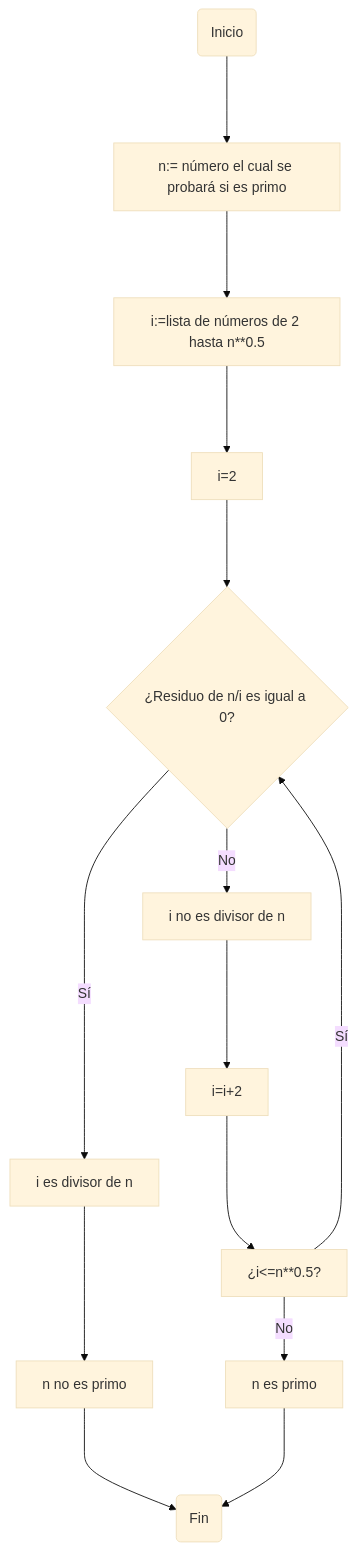
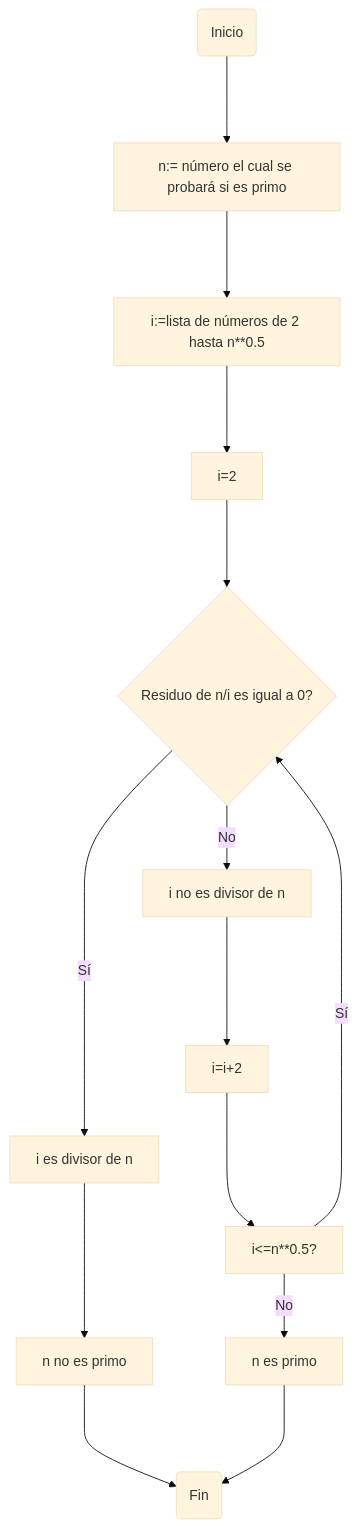
Before and after one commit to GuerreroAtomico75/RETO_3_DosPuntosDeVista: the first of 2 diagrams in README.md, drawn with Mermaid (base theme). The commit also changed other lines of this file, not shown here.

````diff
--- a/README.md
+++ b/README.md
@@ -12,17 +11,17 @@
 ```mermaid
-graph TD
-    Inicio(Inicio)--->
-    Variable[n:= número el cual se probará si es primo]--->
-    listaDeNúmeros[i:=lista de números de 2 hasta n**0.5]--->
-    listaValor[i=2]--->
-    Operacion{¿Residuo de n/i es igual a 0?}-- No --> CondicionalNo
-    Operacion{¿Residuo de n/i es igual a 0?}-- Sí --> CondicionalSi
-    CondicionalSi[i es divisor de n]--->
-    Rta[n no es primo]--->Fin
-    CondicionalNo[i no es divisor de n]--->
-    Rta2[i=i+2]--->
-    CondicionalFinal[¿i<=n**0.5?]-- Sí -->Operacion
-    CondicionalFinal[¿i<=n**0.5?]-- No -->Rta3
-    Rta3[n es primo]--->
-    Fin(Fin)
+graph TD;
+  Inicio(Inicio)--->
+  Variable[n:= número el cual se probará si es primo]--->
+  listaDeNúmeros[i:=lista de números de 2 hasta n**0.5]--->
+  listaValor[i=2]--->
+  Operacion{Residuo de n/i es igual a 0?}-- No --> CondicionalNo
+  Operacion{Residuo de n/i es igual a 0?}-- Sí --> CondicionalSi
+  CondicionalSi[i es divisor de n]--->
+  Rta[n no es primo]--->Fin
+  CondicionalNo[i no es divisor de n]--->
+  Rta2[i=i+2]--->
+  CondicionalFinal[i<=n**0.5?]-- Sí -->Operacion
+  CondicionalFinal[i<=n**0.5?]-- No -->Rta3
+  Rta3[n es primo]--->
+  Fin(Fin)
 ```
````
